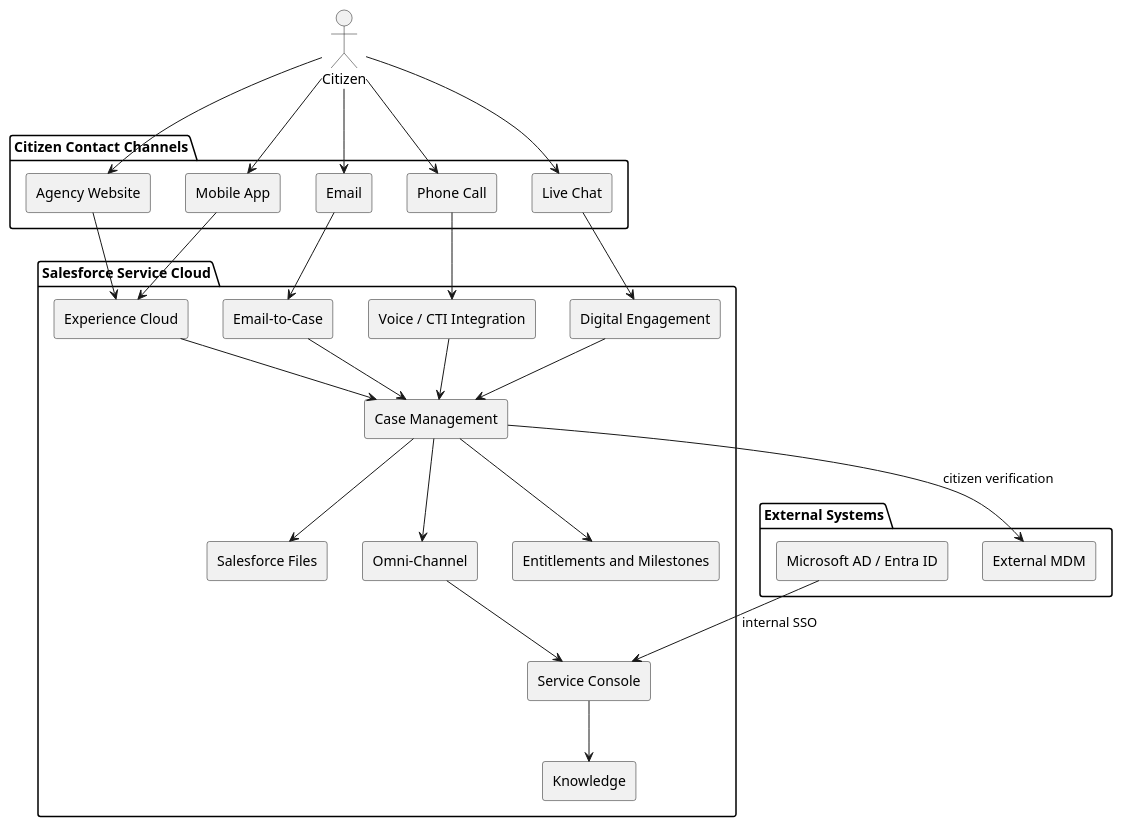
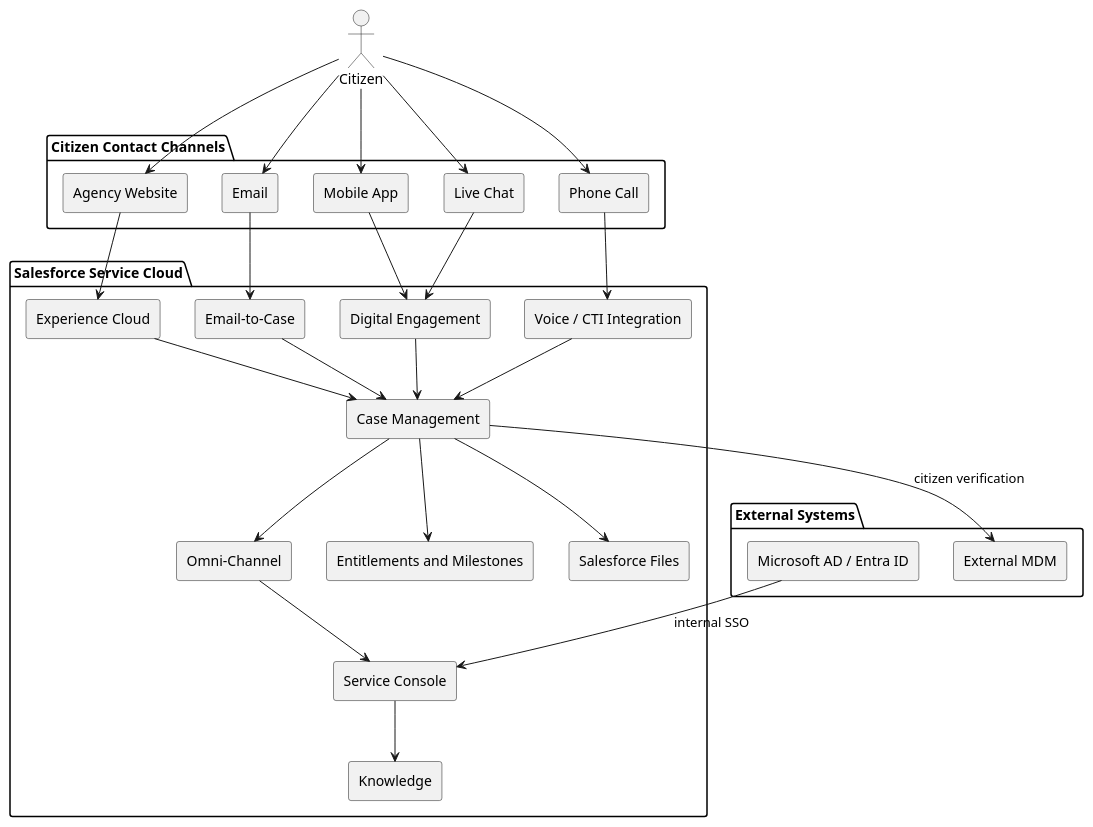
Before and after one commit to jimmytobing/virtusa: the diagram in puml task2/05.03 Multi-Channel Case Intake Architecture.puml, drawn with PlantUML. The commit also changed 29 other files, not shown here.

```diff
--- a/puml task2/05.03 Multi-Channel Case Intake Architecture.puml
+++ b/puml task2/05.03 Multi-Channel Case Intake Architecture.puml
@@ -1,56 +1,56 @@
 @startuml
 skinparam componentStyle rectangle
 
 actor Citizen
 
 package "Citizen Contact Channels" {
   [Agency Website]
   [Mobile App]
   [Email]
   [Phone Call]
   [Live Chat]
 }
 
 package "Salesforce Service Cloud" {
   [Experience Cloud]
   [Email-to-Case]
   [Service Console]
   [Digital Engagement]
   [Voice / CTI Integration]
   [Case Management]
   [Salesforce Files]
   [Omni-Channel]
   [Knowledge]
   [Entitlements and Milestones]
 }
 
 package "External Systems" {
   [External MDM]
   [Microsoft AD / Entra ID]
 }
 
 Citizen --> [Agency Website]
 Citizen --> [Mobile App]
 Citizen --> [Email]
 Citizen --> [Phone Call]
 Citizen --> [Live Chat]
 
 [Agency Website] --> [Experience Cloud]
-[Mobile App] --> [Experience Cloud]
 [Email] --> [Email-to-Case]
 [Phone Call] --> [Voice / CTI Integration]
+[Mobile App] --> [Digital Engagement]
 [Live Chat] --> [Digital Engagement]
 
 [Experience Cloud] --> [Case Management]
 [Email-to-Case] --> [Case Management]
 [Voice / CTI Integration] --> [Case Management]
 [Digital Engagement] --> [Case Management]
 [Case Management] --> [Salesforce Files]
 [Case Management] --> [Omni-Channel]
 [Case Management] --> [Entitlements and Milestones]
 [Omni-Channel] --> [Service Console]
 [Service Console] --> [Knowledge]
 [Case Management] --> [External MDM] : citizen verification
 [Microsoft AD / Entra ID] --> [Service Console] : internal SSO
 
 @enduml
```
